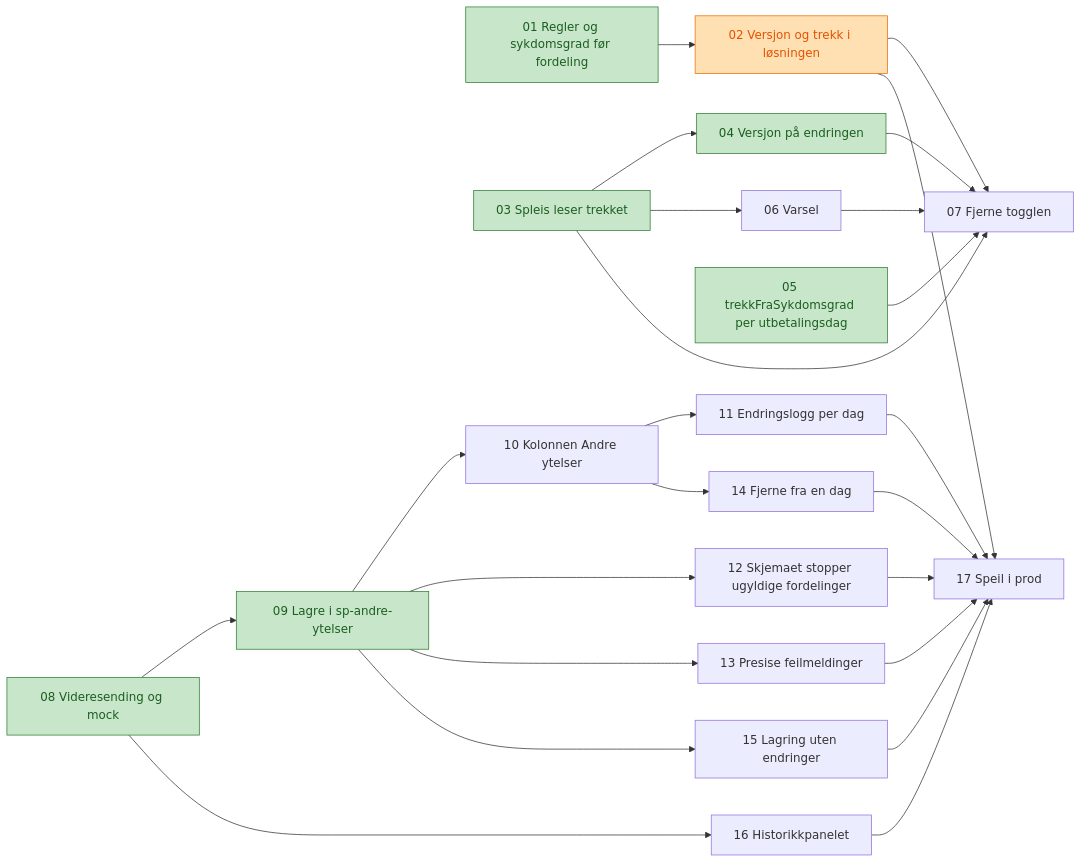
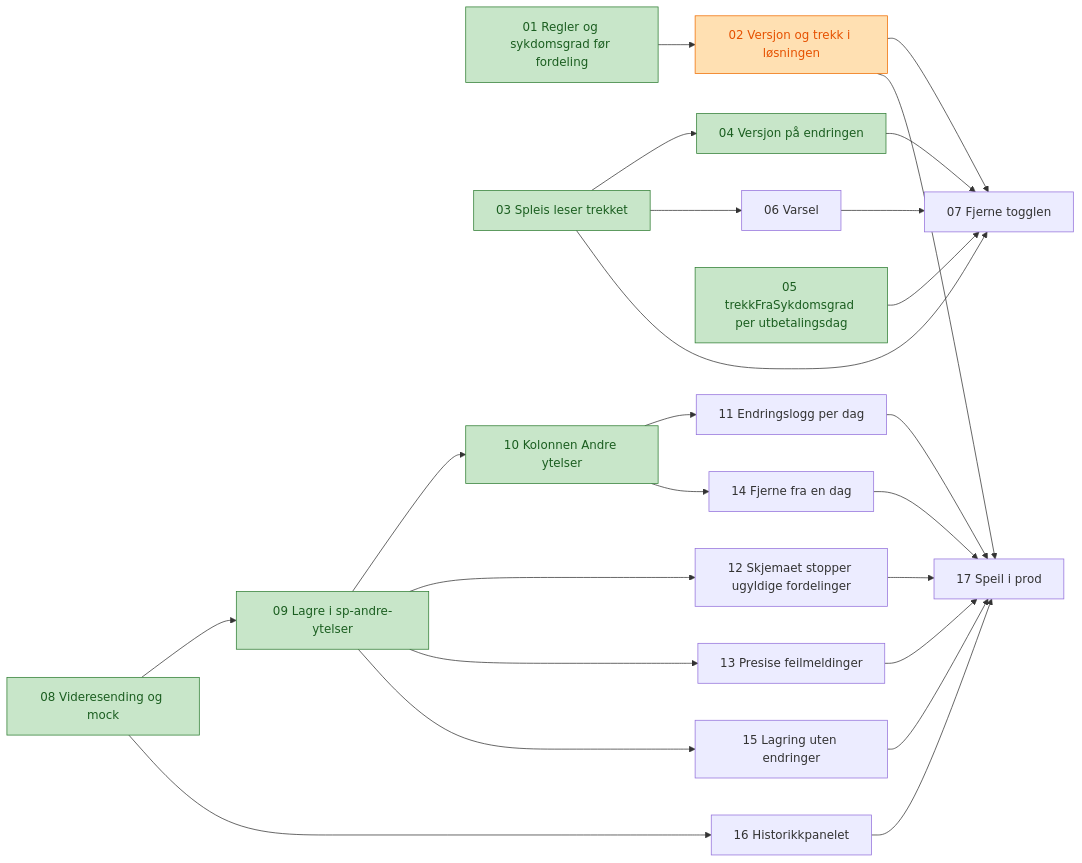
The diagram in docs/tickets/graderte-andre-ytelser/index.md (navikt/helse-sas-meta), drawn with Mermaid before and after one commit. The commit also changed other lines of this file and 1 other file, not shown here.

````diff
--- a/docs/tickets/graderte-andre-ytelser/index.md
+++ b/docs/tickets/graderte-andre-ytelser/index.md
@@ -25,31 +25,31 @@
 ```mermaid
 flowchart LR
     T01[01 Regler og sykdomsgrad før fordeling] --> T02[02 Versjon og trekk i løsningen]
     T03[03 Spleis leser trekket] --> T04[04 Versjon på endringen]
     T03 --> T06[06 Varsel]
     T02 --> T07[07 Fjerne togglen]
     T03 --> T07
     T04 --> T07
     T05[05 trekkFraSykdomsgrad per utbetalingsdag] --> T07
     T06 --> T07
     T08[08 Videresending og mock] --> T09[09 Lagre i sp-andre-ytelser]
     T09 --> T10[10 Kolonnen Andre ytelser]
     T10 --> T11[11 Endringslogg per dag]
     T09 --> T12[12 Skjemaet stopper ugyldige fordelinger]
     T09 --> T13[13 Presise feilmeldinger]
     T10 --> T14[14 Fjerne fra en dag]
     T09 --> T15[15 Lagring uten endringer]
     T08 --> T16[16 Historikkpanelet]
     T02 --> T17[17 Speil i prod]
     T11 --> T17
     T12 --> T17
     T13 --> T17
     T14 --> T17
     T15 --> T17
     T16 --> T17
 
     classDef ferdig fill:#c8e6c9,stroke:#2e7d32,color:#1b5e20
     classDef pagar fill:#ffe0b2,stroke:#ef6c00,color:#e65100
-    class T01,T03,T04,T05,T08,T09 ferdig
+    class T01,T03,T04,T05,T08,T09,T10 ferdig
     class T02 pagar
 ```
````
